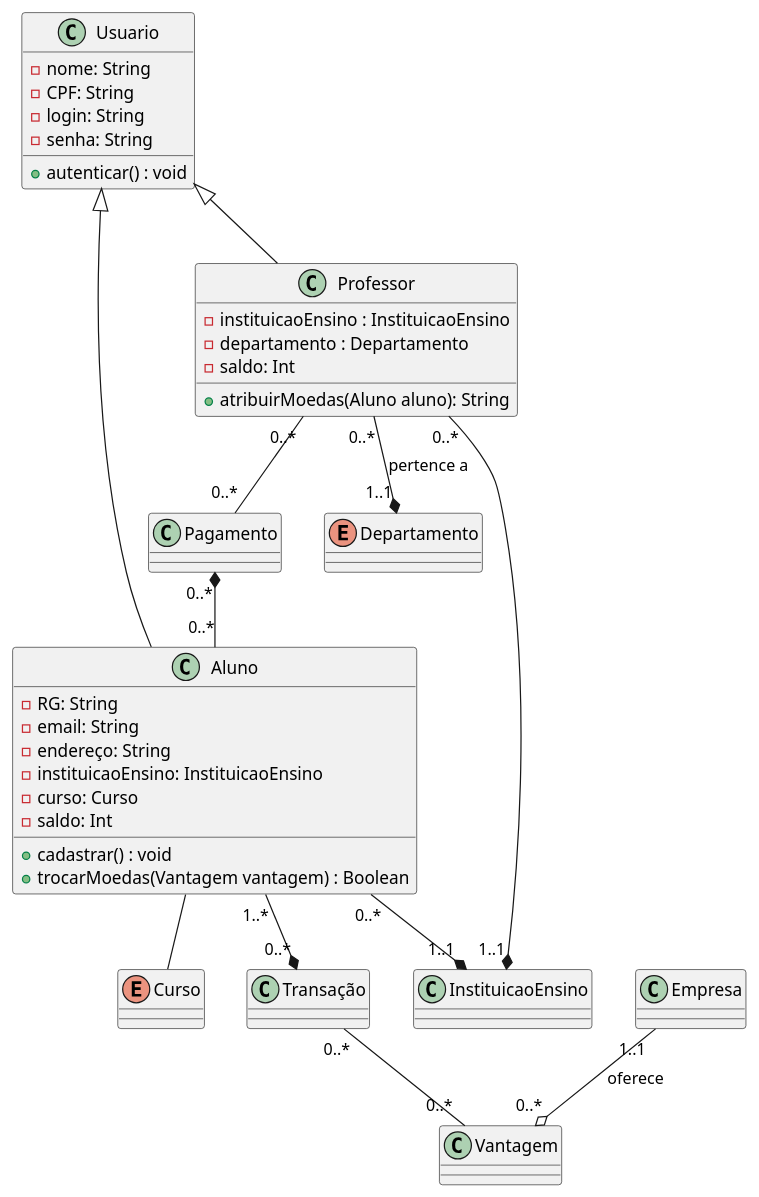
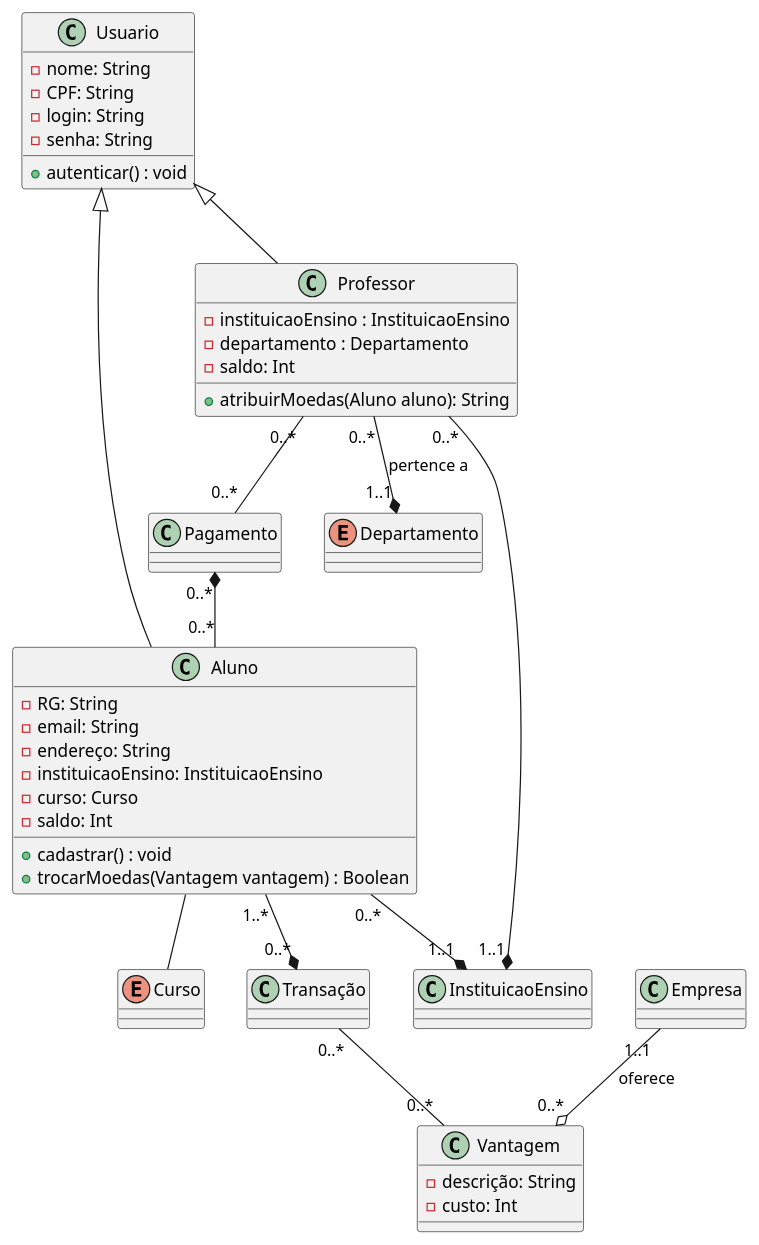
One commit to milenalara/sistema-moeda-estudantil changed the diagram in project/docs/ClassDiagram.puml. Above: the diagram before and after it, drawn with PlantUML.

Commit message:
nova branch

```diff
--- a/project/docs/ClassDiagram.puml
+++ b/project/docs/ClassDiagram.puml
@@ -1,51 +1,54 @@
 @startuml
 'https://plantuml.com/class-diagram
 
 Usuario <|-- Aluno
 Usuario <|-- Professor
 Aluno "0..*" --* "1..1" InstituicaoEnsino
 Aluno -- Curso
 Aluno "1..*"--* "0..*" Transação
 Transação "0..*" -- "0..*" Vantagem
 Professor "0..*" -- "0..*" Pagamento
 Pagamento "0..*" *-- "0..*" Aluno
 Professor "0..*" --* "1..1" InstituicaoEnsino
 Professor "0..*" --* "1..1" Departamento : pertence a
 Empresa "1..1" --o "0..*" Vantagem : oferece
 
 class Usuario {
     - nome: String
     - CPF: String
     - login: String
     - senha: String
     + autenticar() : void
 }
 
 class Aluno{
     - RG: String
     - email: String
     - endereço: String
     - instituicaoEnsino: InstituicaoEnsino
     - curso: Curso
     - saldo: Int
     + cadastrar() : void
     + trocarMoedas(Vantagem vantagem) : Boolean
 }
 
 class Professor{
     - instituicaoEnsino : InstituicaoEnsino
     - departamento : Departamento
     - saldo: Int
     + atribuirMoedas(Aluno aluno): String
 }
 
 
 
 class Empresa{}
 class InstituicaoEnsino{}
-class Vantagem {}
+class Vantagem {
+    -descrição: String
+    -custo: Int
+}
 
 enum Curso {}
 enum Departamento {}
 
 @enduml
```
